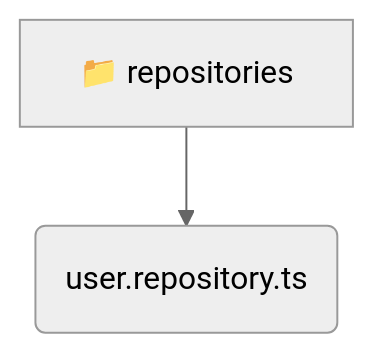
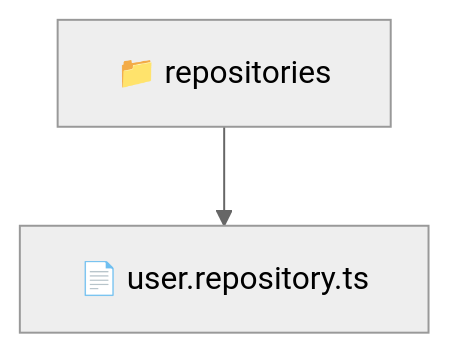
Before and after one commit to beginwebdev2002/fullstack-mavluda: the diagram in backend/src/modules/user/infrastructure/repositories/README.md, drawn with Mermaid (neutral theme). The commit also changed other lines of this file and 163 other files, not shown here.

````diff
--- a/backend/src/modules/user/infrastructure/repositories/README.md
+++ b/backend/src/modules/user/infrastructure/repositories/README.md
@@ -9,5 +10,5 @@
 ```mermaid
 graph TD
-  repositories[📁 repositories]
-  repositories --> repositories_user_repository_ts(user.repository.ts)
+  Root["📁 repositories"]
+  Root --> userrepositoryts["📄 user.repository.ts"]
 ```
````
